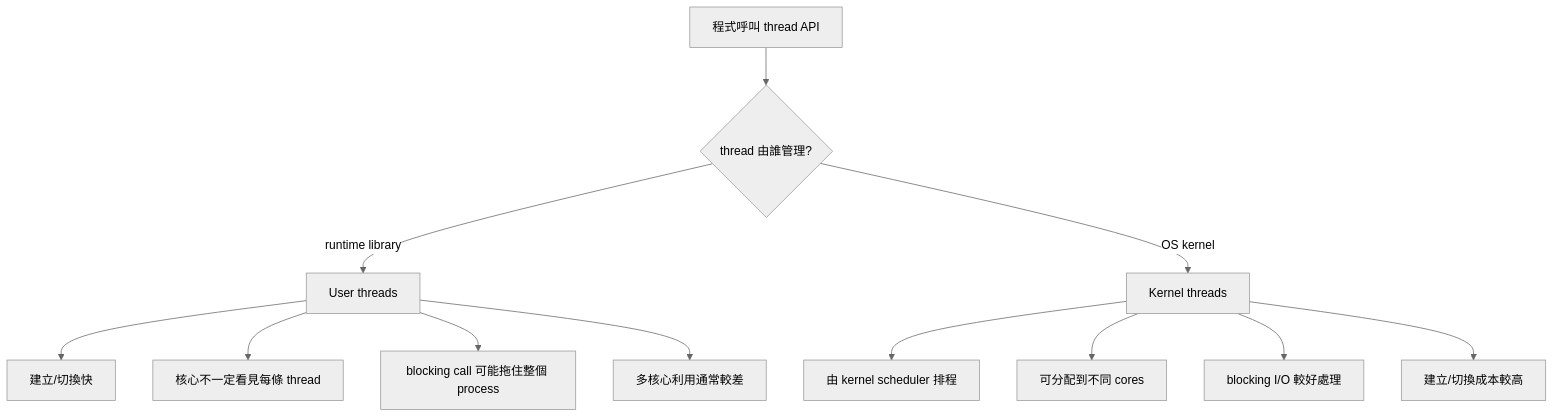
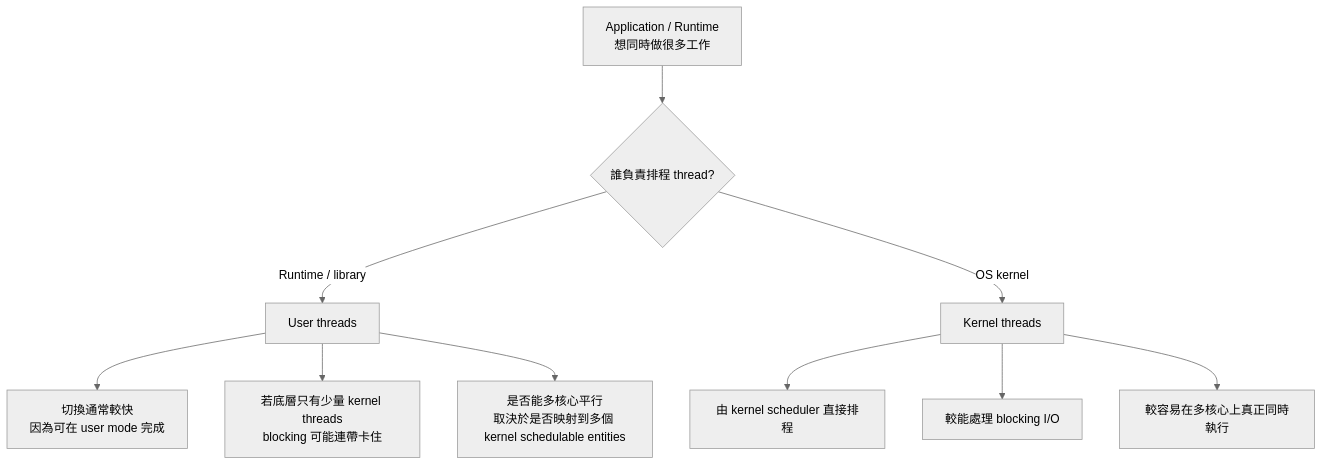
The third of 3 diagrams in docs/md/114-2/電機_作業系統/ch 4.md (peicd100/university-notes), drawn with Mermaid (neutral theme) before and after one commit. The commit also changed other lines of this file and 7 other files, not shown here.

````diff
--- a/docs/md/114-2/電機_作業系統/ch 4.md
+++ b/docs/md/114-2/電機_作業系統/ch 4.md
@@ -1005,16 +638,15 @@
 ```mermaid
 flowchart TB
-    A[程式呼叫 thread API] --> B{thread 由誰管理?}
-    B -->|runtime library| C[User threads]
+    A[Application / Runtime<br>想同時做很多工作] --> B{誰負責排程 thread?}
+
+    B -->|Runtime / library| C[User threads]
     B -->|OS kernel| D[Kernel threads]
 
-    C --> C1[建立/切換快]
-    C --> C2[核心不一定看見每條 thread]
-    C --> C3[blocking call 可能拖住整個 process]
-    C --> C4[多核心利用通常較差]
+    C --> C1[切換通常較快<br>因為可在 user mode 完成]
+    C --> C2[若底層只有少量 kernel threads<br>blocking 可能連帶卡住]
+    C --> C3[是否能多核心平行<br>取決於是否映射到多個 kernel schedulable entities]
 
-    D --> D1[由 kernel scheduler 排程]
-    D --> D2[可分配到不同 cores]
-    D --> D3[blocking I/O 較好處理]
-    D --> D4[建立/切換成本較高]
+    D --> D1[由 kernel scheduler 直接排程]
+    D --> D2[較能處理 blocking I/O]
+    D --> D3[較容易在多核心上真正同時執行]
 ```
````
